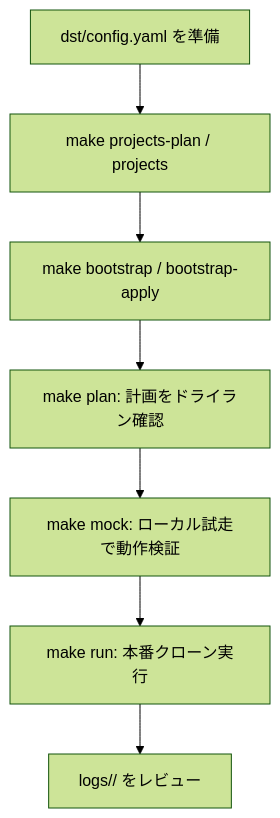
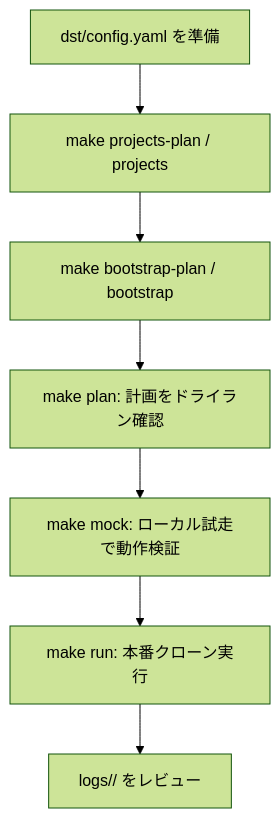
One commit to shin5ok/gcp-copy-allenv changed the diagram in README.md. Above: the diagram before and after it, drawn with Mermaid (forest theme). The commit also changed other lines of this file and 3 other files, not shown here.

First line of the commit message:
refactor(make): bootstrap* を projects* と同じ「裸=apply / -plan=dry-run」体系に統一

````diff
--- a/README.md
+++ b/README.md
@@ -155,9 +155,9 @@
 ```mermaid
 graph TD
     A[dst/config.yaml を準備] --> B[make projects-plan / projects]
-    B --> B2[make bootstrap / bootstrap-apply]
+    B --> B2[make bootstrap-plan / bootstrap]
     B2 --> C[make plan: 計画をドライラン確認]
     C --> D[make mock: ローカル試走で動作検証]
     D --> E[make run: 本番クローン実行]
     E --> F[logs/<timestamp>/ をレビュー]
 ```
````
